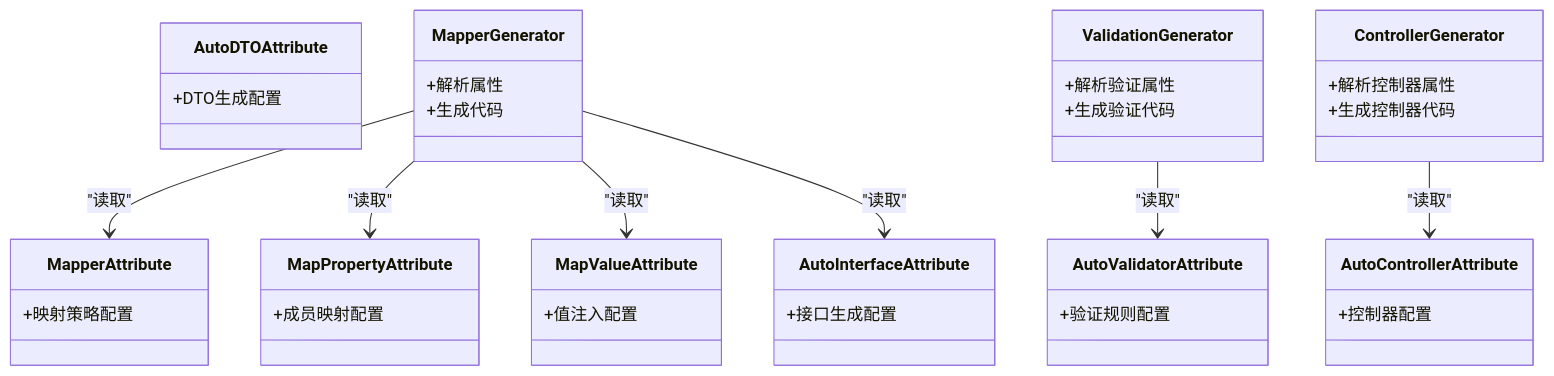
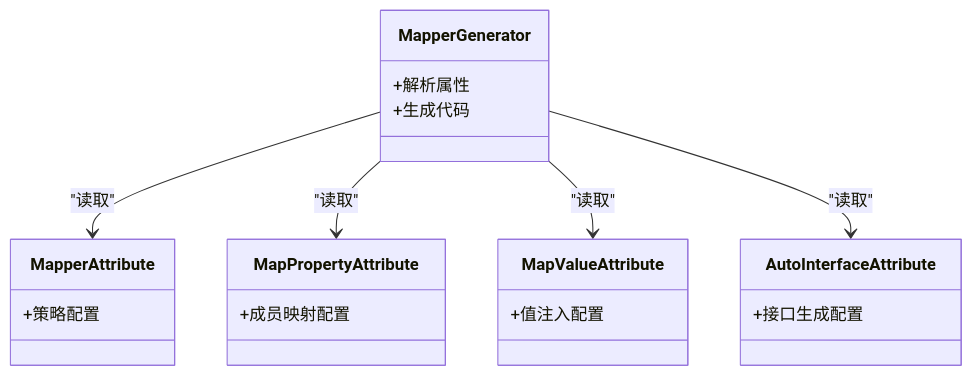
One commit to alivy/AutoCode changed the third of 3 diagrams in .qoder/repowiki/zh/content/核心概念/属性系统.md. Above: the diagram before and after it, drawn with Mermaid. The commit also changed other lines of this file and 152 other files, not shown here.

````diff
--- a/.qoder/repowiki/zh/content/核心概念/属性系统.md
+++ b/.qoder/repowiki/zh/content/核心概念/属性系统.md
@@ -252,42 +195,23 @@
 ```mermaid
 classDiagram
-class AutoDTOAttribute {
-+DTO生成配置
-}
-class AutoValidatorAttribute {
-+验证规则配置
-}
-class AutoControllerAttribute {
-+控制器配置
-}
 class MapperAttribute {
-+映射策略配置
++策略配置
 }
 class MapPropertyAttribute {
 +成员映射配置
 }
 class MapValueAttribute {
 +值注入配置
 }
 class AutoInterfaceAttribute {
 +接口生成配置
 }
 class MapperGenerator {
 +解析属性
 +生成代码
 }
-class ValidationGenerator {
-+解析验证属性
-+生成验证代码
-}
-class ControllerGenerator {
-+解析控制器属性
-+生成控制器代码
-}
 MapperGenerator --> MapperAttribute : "读取"
 MapperGenerator --> MapPropertyAttribute : "读取"
 MapperGenerator --> MapValueAttribute : "读取"
 MapperGenerator --> AutoInterfaceAttribute : "读取"
-ValidationGenerator --> AutoValidatorAttribute : "读取"
-ControllerGenerator --> AutoControllerAttribute : "读取"
 ```
````
